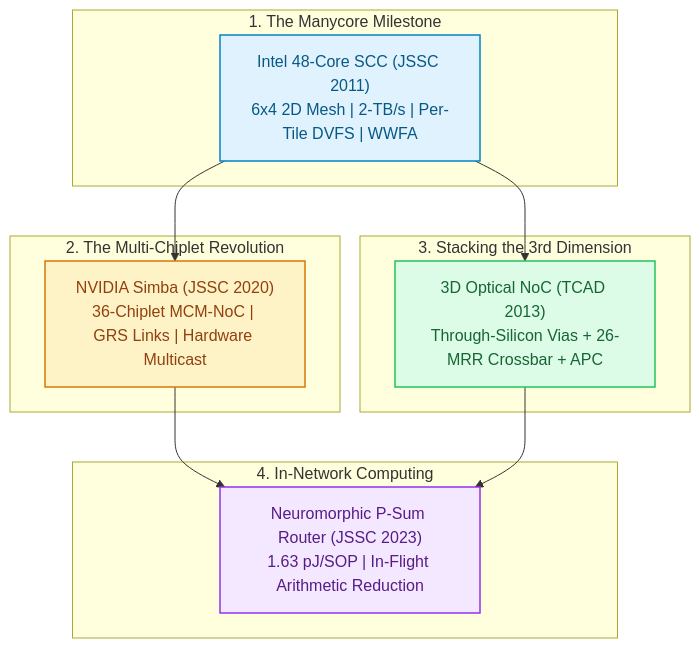
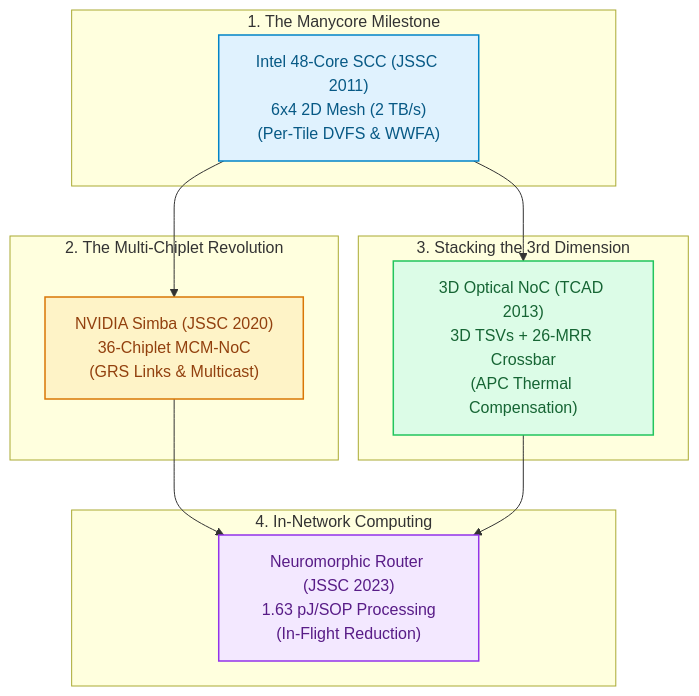
One commit to network-on-chip/learning changed the diagram in docs/track7-paper-walkthroughs/index.md. Above: the diagram before and after it, drawn with Mermaid. The commit also changed 15 other files, not shown here.

Commit message:
docs: clean repository paths and wrap Mermaid flowchart node labels

````diff
--- a/docs/track7-paper-walkthroughs/index.md
+++ b/docs/track7-paper-walkthroughs/index.md
@@ -37,33 +37,33 @@
 ```mermaid
 graph TD
   subgraph Manycore ["1. The Manycore Milestone"]
-    SCC["Intel 48-Core SCC (JSSC 2011)<br/>6x4 2D Mesh | 2-TB/s | Per-Tile DVFS | WWFA"]
+    SCC["Intel 48-Core SCC (JSSC 2011)<br/>6x4 2D Mesh (2 TB/s)<br/>(Per-Tile DVFS & WWFA)"]
   end
 
   subgraph Chiplet ["2. The Multi-Chiplet Revolution"]
-    Simba["NVIDIA Simba (JSSC 2020)<br/>36-Chiplet MCM-NoC | GRS Links | Hardware Multicast"]
+    Simba["NVIDIA Simba (JSSC 2020)<br/>36-Chiplet MCM-NoC<br/>(GRS Links & Multicast)"]
   end
 
   subgraph Stacking ["3. Stacking the 3rd Dimension"]
-    ONoC3D["3D Optical NoC (TCAD 2013)<br/>Through-Silicon Vias + 26-MRR Crossbar + APC"]
+    ONoC3D["3D Optical NoC (TCAD 2013)<br/>3D TSVs + 26-MRR Crossbar<br/>(APC Thermal Compensation)"]
   end
 
   subgraph InNetwork ["4. In-Network Computing"]
-    Neuro["Neuromorphic P-Sum Router (JSSC 2023)<br/>1.63 pJ/SOP | In-Flight Arithmetic Reduction"]
+    Neuro["Neuromorphic Router (JSSC 2023)<br/>1.63 pJ/SOP Processing<br/>(In-Flight Reduction)"]
   end
 
   SCC --> Simba
   SCC --> ONoC3D
   Simba --> Neuro
   ONoC3D --> Neuro
 
   classDef sccStyle fill:#e0f2fe,stroke:#0284c7,stroke-width:1.5px,color:#075985;
   classDef simbaStyle fill:#fef3c7,stroke:#d97706,stroke-width:1.5px,color:#92400e;
   classDef onocStyle fill:#dcfce7,stroke:#22c55e,stroke-width:1.5px,color:#166534;
   classDef neuroStyle fill:#f3e8ff,stroke:#9333ea,stroke-width:1.5px,color:#581c87;
 
   class SCC sccStyle;
   class Simba simbaStyle;
   class ONoC3D onocStyle;
   class Neuro neuroStyle;
 ```
````
